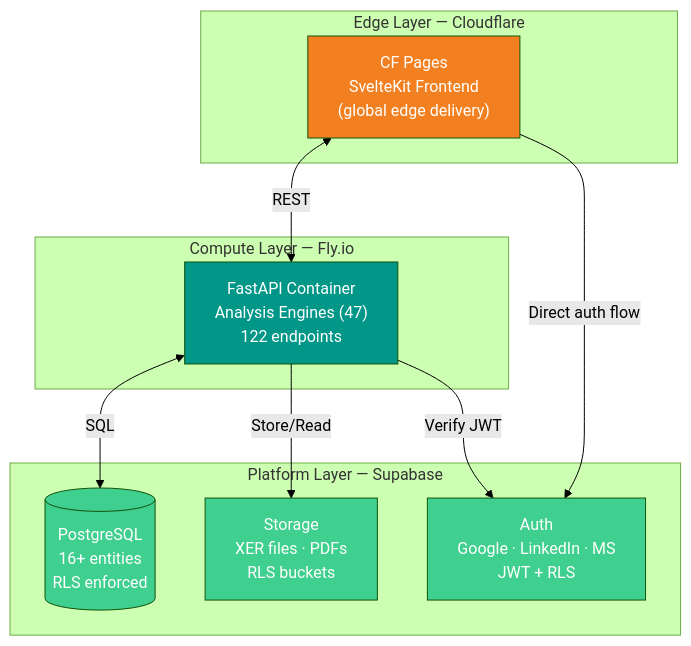
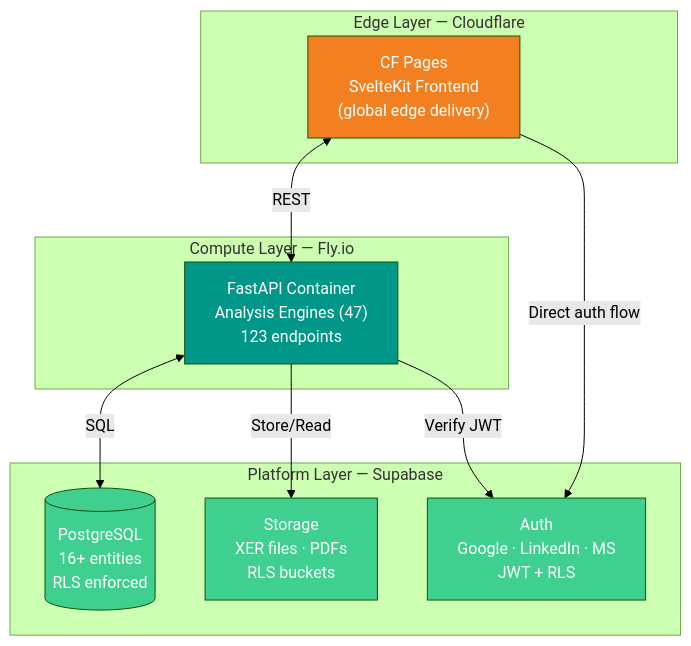
The first of 2 diagrams in README.md (VitorMRodovalho/meridianiq), drawn with Mermaid (forest theme) before and after one commit. The commit also changed other lines of this file and 13 other files, not shown here.

````diff
--- a/README.md
+++ b/README.md
@@ -116,28 +116,28 @@
 ```mermaid
 graph TB
     subgraph "Edge Layer — Cloudflare"
         CF_PAGES["CF Pages<br/>SvelteKit Frontend<br/>(global edge delivery)"]
     end
 
     subgraph "Compute Layer — Fly.io"
-        FASTAPI["FastAPI Container<br/>Analysis Engines (47)<br/>122 endpoints"]
+        FASTAPI["FastAPI Container<br/>Analysis Engines (47)<br/>123 endpoints"]
     end
 
     subgraph "Platform Layer — Supabase"
         AUTH["Auth<br/>Google · LinkedIn · MS<br/>JWT + RLS"]
         DB[("PostgreSQL<br/>16+ entities<br/>RLS enforced")]
         STORAGE["Storage<br/>XER files · PDFs<br/>RLS buckets"]
     end
 
     CF_PAGES <-->|"REST"| FASTAPI
     FASTAPI <-->|"SQL"| DB
     FASTAPI -->|"Store/Read"| STORAGE
     FASTAPI -->|"Verify JWT"| AUTH
     CF_PAGES -->|"Direct auth flow"| AUTH
 
     style CF_PAGES fill:#F38020,color:#fff
     style FASTAPI fill:#009688,color:#fff
     style DB fill:#3FCF8E,color:#fff
     style AUTH fill:#3FCF8E,color:#fff
     style STORAGE fill:#3FCF8E,color:#fff
 ```
````
